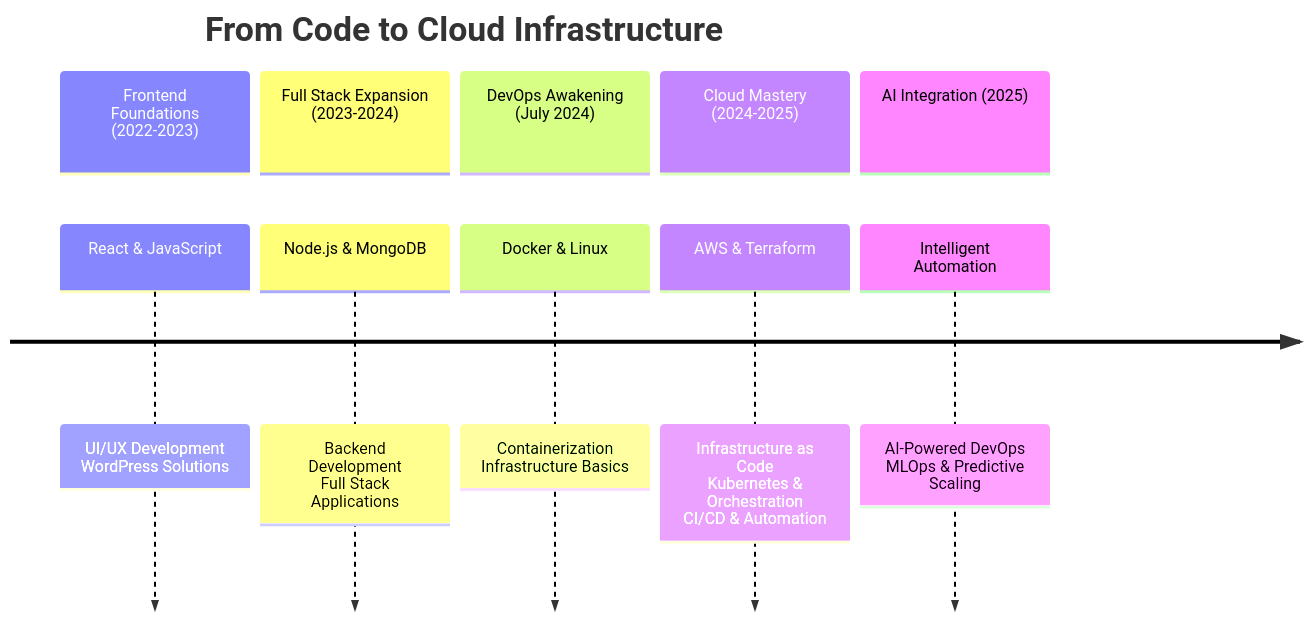
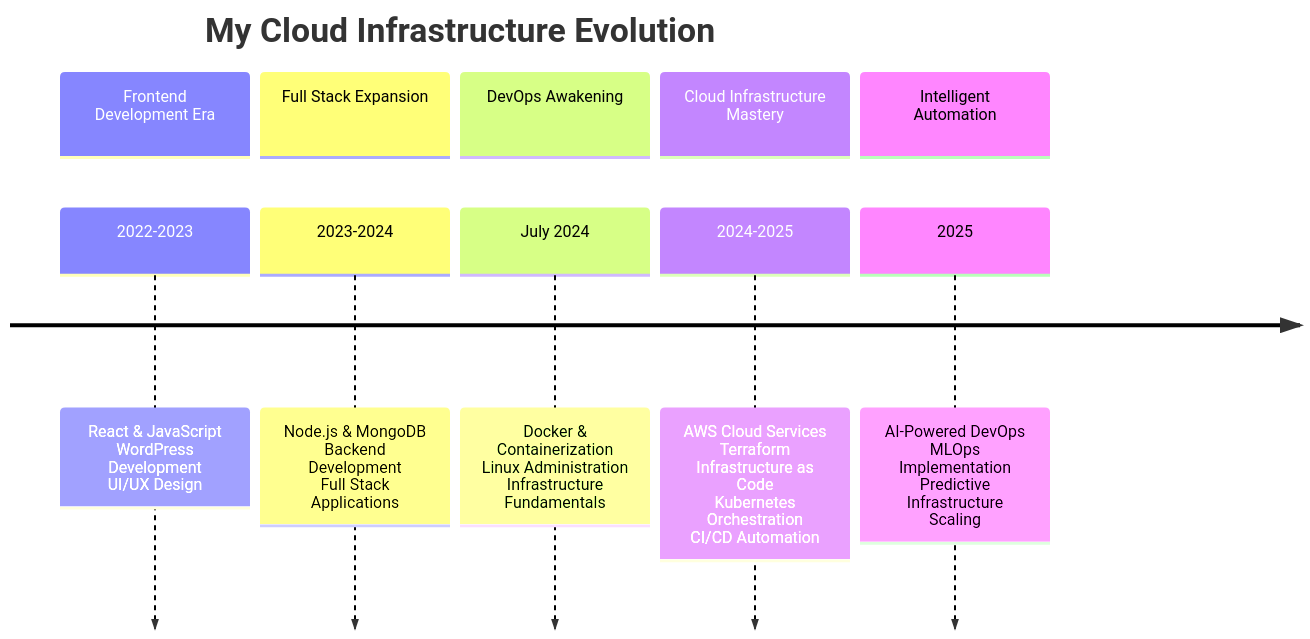
Before and after one commit to iftikhar69/iftikhar69: the diagram in README.md, drawn with Mermaid. The commit also changed other lines of this file, not shown here.

````diff
--- a/README.md
+++ b/README.md
@@ -28,14 +28,15 @@
 ```mermaid
 timeline
-    title From Code to Cloud Infrastructure
-    section Frontend Foundations (2022-2023)
-        React & JavaScript : UI/UX Development<br>WordPress Solutions
-    section Full Stack Expansion (2023-2024)
-        Node.js & MongoDB : Backend Development<br>Full Stack Applications
-    section DevOps Awakening (July 2024)
-        Docker & Linux : Containerization<br>Infrastructure Basics
-    section Cloud Mastery (2024-2025)
-        AWS & Terraform : Infrastructure as Code<br>Kubernetes & Orchestration<br>CI/CD & Automation
-    section AI Integration (2025)
-        Intelligent Automation : AI-Powered DevOps<br>MLOps & Predictive Scaling
+    title My Cloud Infrastructure Evolution
+    section Frontend Development Era
+        2022-2023 : React & JavaScript<br>WordPress Development<br>UI/UX Design
+    section Full Stack Expansion
+        2023-2024 : Node.js & MongoDB<br>Backend Development<br>Full Stack Applications
+    section DevOps Awakening
+        July 2024 : Docker & Containerization<br>Linux Administration<br>Infrastructure Fundamentals
+    section Cloud Infrastructure Mastery
+        2024-2025 : AWS Cloud Services<br>Terraform Infrastructure as Code<br>Kubernetes Orchestration<br>CI/CD Automation
+    section Intelligent Automation
+        2025 : AI-Powered DevOps<br>MLOps Implementation<br>Predictive Infrastructure Scaling
+
 ```
````
